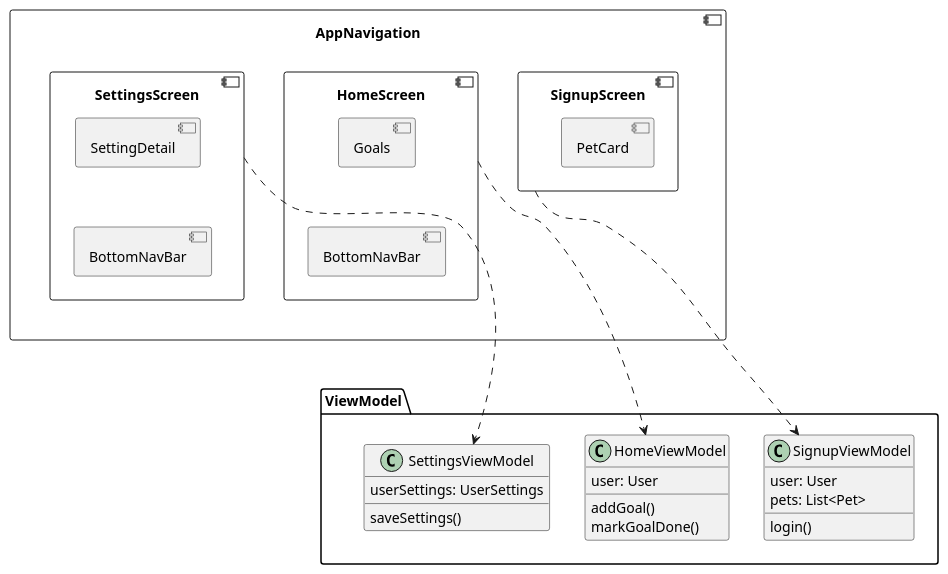
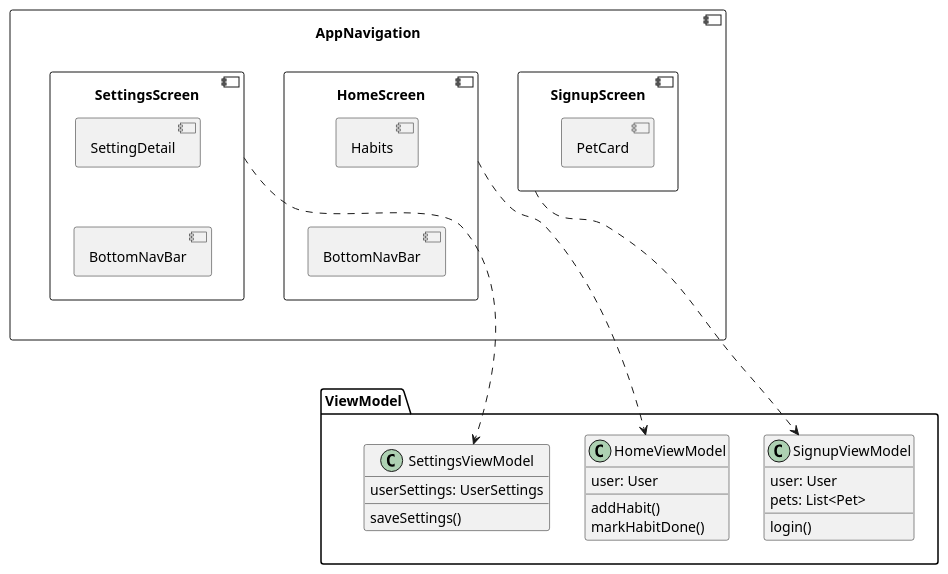
One commit to HabitHatch/HabitHatchApp changed the diagram in docs/ui_diagram.puml. Above: the diagram before and after it, drawn with PlantUML. The commit also changed 291 other files, not shown here.

Commit message:
Updating names from goal to habit

```diff
--- a/docs/ui_diagram.puml
+++ b/docs/ui_diagram.puml
@@ -1,54 +1,54 @@
 @startuml
 'https://plantuml.com/class-diagram
 top to bottom direction
 
 component AppNavigation{
     component SignupScreen{
         component PetCard{
 
         }
     }
 
     component HomeScreen{
-        component Goals{
+        component Habits{
         }
         component BottomNavBar{
         }
-        Goals -[hidden]down- BottomNavBar
+        Habits -[hidden]down- BottomNavBar
     }
 
     component SettingsScreen{
         component SettingDetail{
         }
         component BottomNavBar{
         }
         SettingDetail -[hidden]down- BottomNavBar
     }
 }
 
 package ViewModel{
     class SignupViewModel{
         login()
         user: User
         pets: List<Pet>
     }
     class HomeViewModel {
-        addGoal()
-        markGoalDone()
+        addHabit()
+        markHabitDone()
         user: User
     }
     class SettingsViewModel{
         userSettings: UserSettings
         saveSettings()
     }
 
     SignupViewModel --[hidden]right-- HomeViewModel
     HomeViewModel --[hidden]right-- SettingsViewModel
 }
 AppNavigation ..[hidden]down.. ViewModel
 
 SettingsScreen ..down..> SettingsViewModel
 HomeScreen ..down..> HomeViewModel
 SignupScreen ..down..> SignupViewModel
 
 @enduml
```
